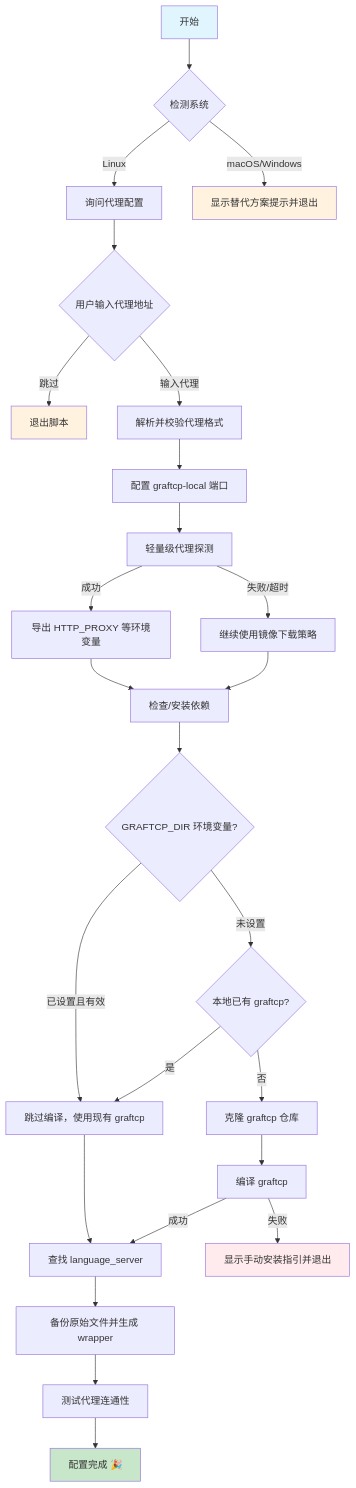
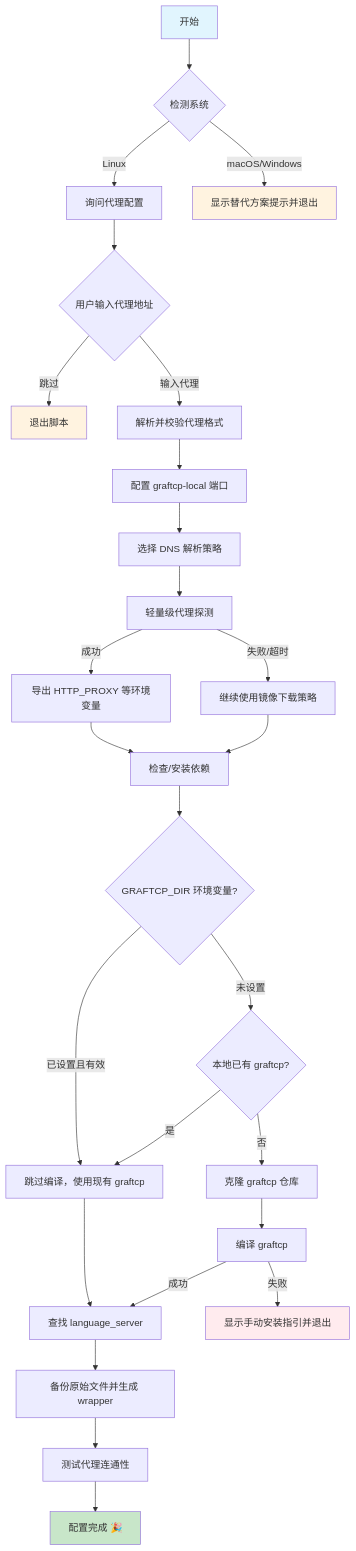
The diagram in README.md (ccpopy/antissh), drawn with Mermaid before and after one commit. The commit also changed other lines of this file, not shown here.

````diff
--- a/README.md
+++ b/README.md
@@ -32,40 +32,41 @@
 ```mermaid
 flowchart TD
     A[开始] --> B{检测系统}
     B -->|Linux| C[询问代理配置]
     B -->|macOS/Windows| Z1[显示替代方案提示并退出]
 
     C --> D{用户输入代理地址}
     D -->|跳过| Z2[退出脚本]
     D -->|输入代理| E[解析并校验代理格式]
 
     E --> E1[配置 graftcp-local 端口]
-    E1 --> F[轻量级代理探测]
+    E1 --> E2[选择 DNS 解析策略]
+    E2 --> F[轻量级代理探测]
     F -->|成功| G1[导出 HTTP_PROXY 等环境变量]
     F -->|失败/超时| G2[继续使用镜像下载策略]
 
     G1 --> H[检查/安装依赖]
     G2 --> H
 
     H --> I{GRAFTCP_DIR 环境变量?}
     I -->|已设置且有效| J1[跳过编译，使用现有 graftcp]
     I -->|未设置| J2{本地已有 graftcp?}
 
     J2 -->|是| J1
     J2 -->|否| K[克隆 graftcp 仓库]
 
     K --> L[编译 graftcp]
     L -->|成功| M[查找 language_server]
     L -->|失败| Z3[显示手动安装指引并退出]
 
     J1 --> M
     M --> N[备份原始文件并生成 wrapper]
     N --> O[测试代理连通性]
     O --> P[配置完成 🎉]
 
     style A fill:#e1f5fe
     style P fill:#c8e6c9
     style Z1 fill:#fff3e0
     style Z2 fill:#fff3e0
     style Z3 fill:#ffebee
 ```
````
